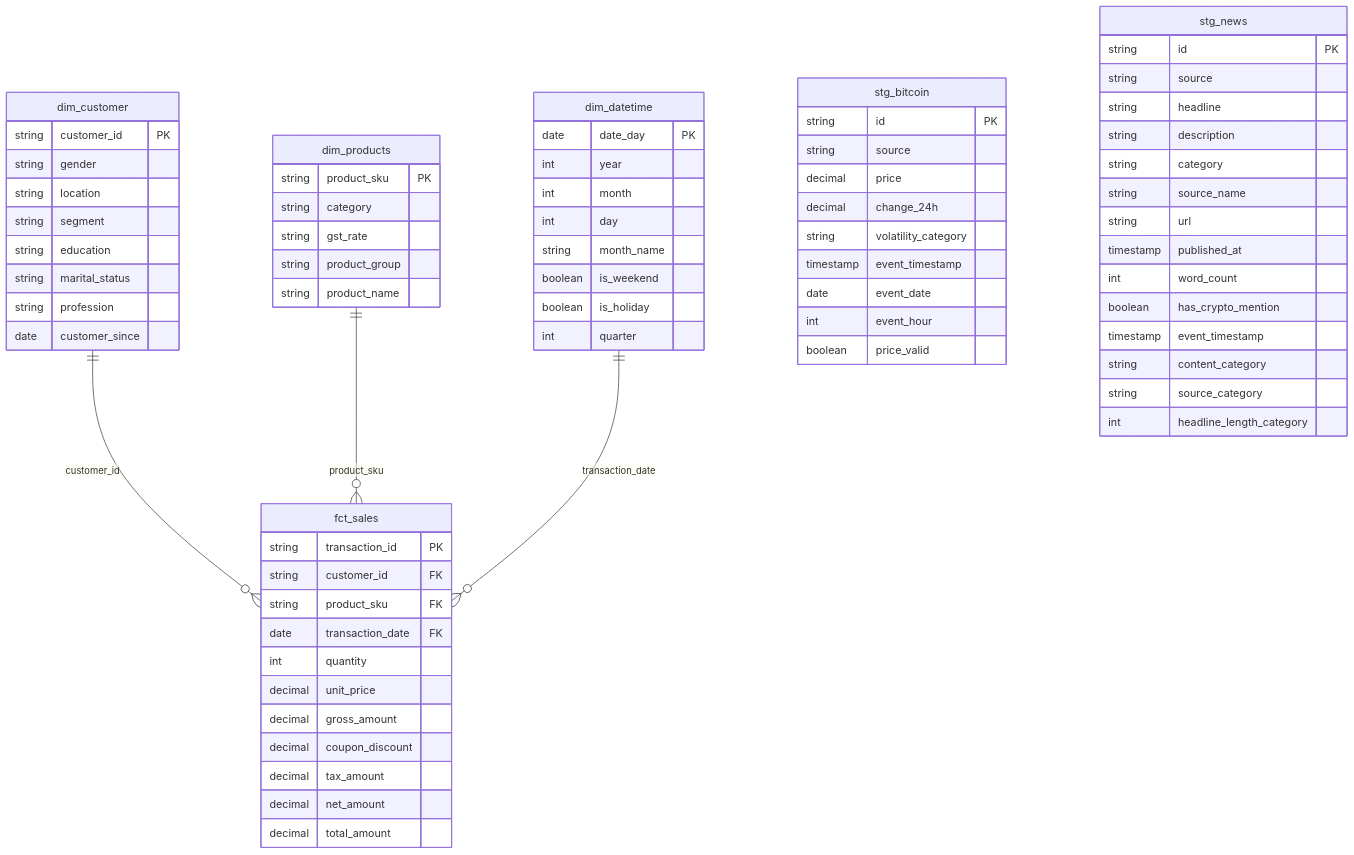
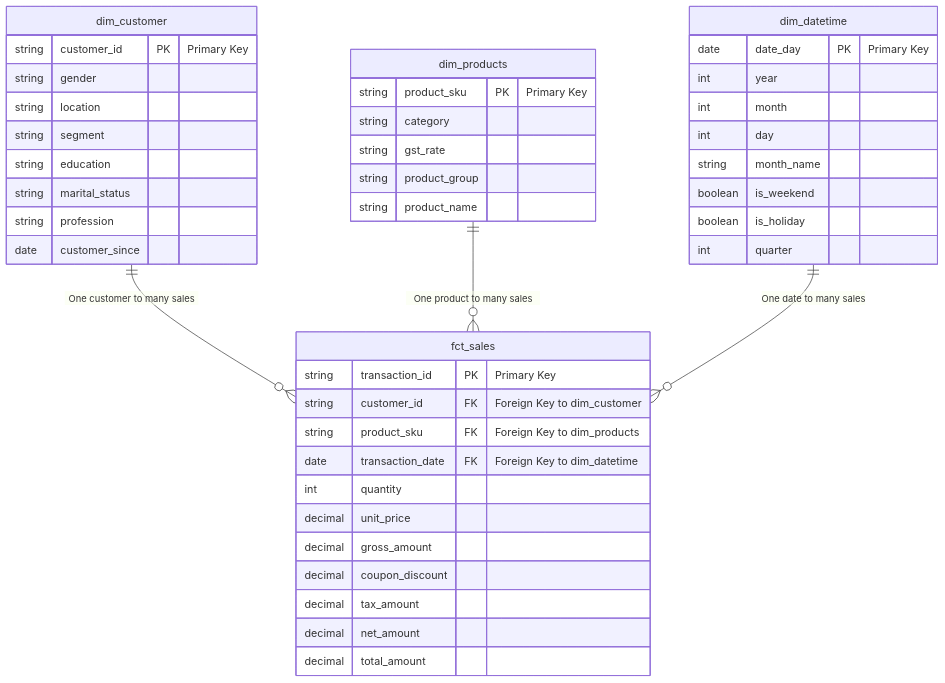
Before and after one commit to sumitkamra20/marketing-insight-pipeline: the second of 2 diagrams in README.md, drawn with Mermaid. The commit also changed other lines of this file, not shown here.

Commit message:
ERD modified in readme

````diff
--- a/README.md
+++ b/README.md
@@ -141,79 +141,50 @@
 ```mermaid
 erDiagram
     dim_customer {
-        string customer_id PK
+        string customer_id PK "Primary Key"
         string gender
         string location
         string segment
         string education
         string marital_status
         string profession
         date customer_since
     }
 
     dim_products {
-        string product_sku PK
+        string product_sku PK "Primary Key"
         string category
         string gst_rate
         string product_group
         string product_name
     }
 
     dim_datetime {
-        date date_day PK
+        date date_day PK "Primary Key"
         int year
         int month
         int day
         string month_name
         boolean is_weekend
         boolean is_holiday
         int quarter
     }
 
     fct_sales {
-        string transaction_id PK
-        string customer_id FK
-        string product_sku FK
-        date transaction_date FK
+        string transaction_id PK "Primary Key"
+        string customer_id FK "Foreign Key to dim_customer"
+        string product_sku FK "Foreign Key to dim_products"
+        date transaction_date FK "Foreign Key to dim_datetime"
         int quantity
         decimal unit_price
         decimal gross_amount
         decimal coupon_discount
         decimal tax_amount
         decimal net_amount
         decimal total_amount
     }
 
-    stg_bitcoin {
-        string id PK
-        string source
-        decimal price
-        decimal change_24h
-        string volatility_category
-        timestamp event_timestamp
-        date event_date
-        int event_hour
-        boolean price_valid
-    }
-
-    stg_news {
-        string id PK
-        string source
-        string headline
-        string description
-        string category
-        string source_name
-        string url
-        timestamp published_at
-        int word_count
-        boolean has_crypto_mention
-        timestamp event_timestamp
-        string content_category
-        string source_category
-        int headline_length_category
-    }
-
-    dim_customer ||--o{ fct_sales : "customer_id"
-    dim_products ||--o{ fct_sales : "product_sku"
-    dim_datetime ||--o{ fct_sales : "transaction_date"
+    dim_customer ||--o{ fct_sales : "One customer to many sales"
+    dim_products ||--o{ fct_sales : "One product to many sales"
+    dim_datetime ||--o{ fct_sales : "One date to many sales"
 ```
````
